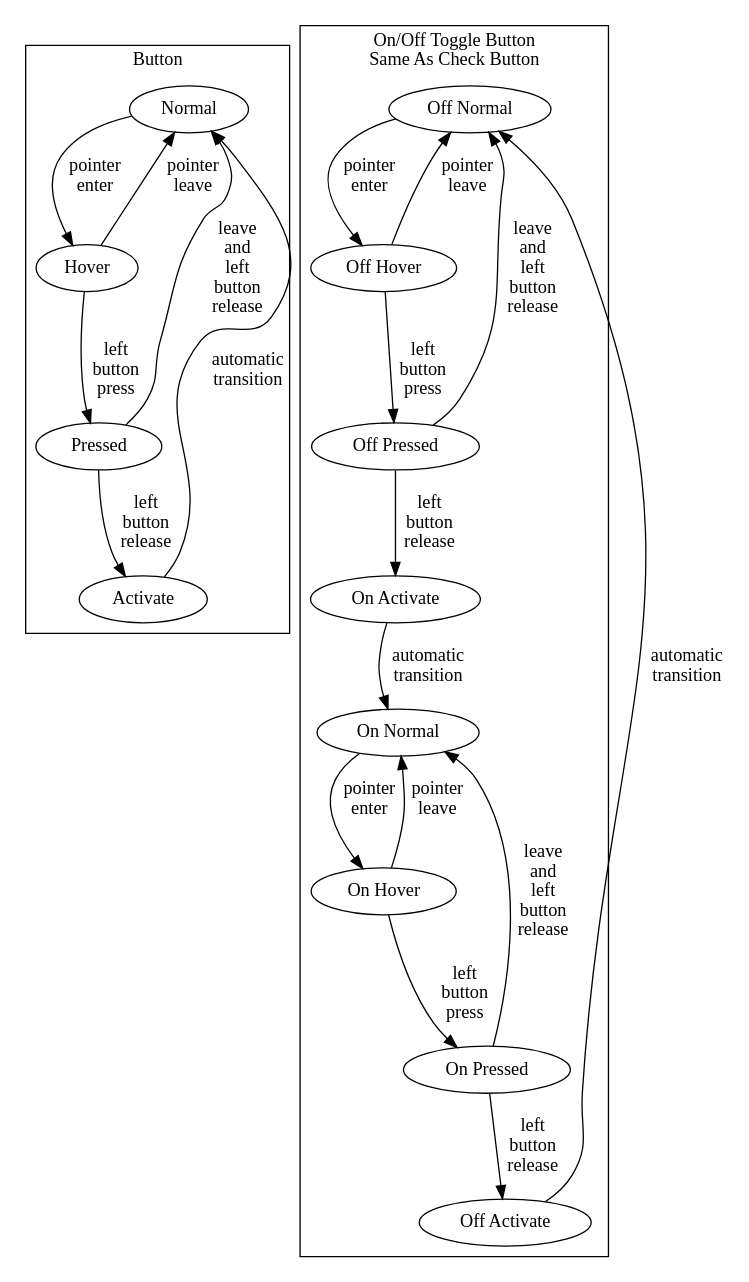
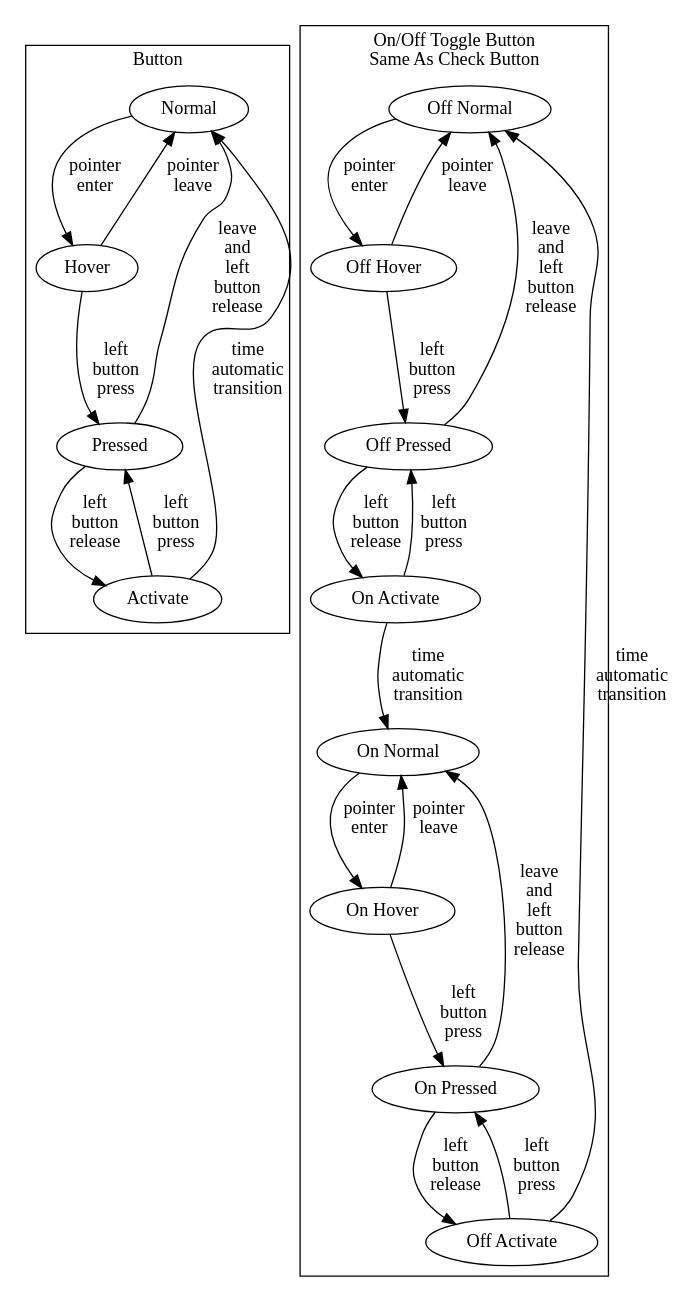
One commit to lanceman2/panels changed the diagram in lib/buttonState.dot. Above: the diagram before and after it, drawn with Graphviz. The commit also changed 2 other files, not shown here.

```diff
--- a/lib/buttonState.dot
+++ b/lib/buttonState.dot
@@ -1,36 +1,39 @@
 // Run in a bash shell:
 //
 //  %  display buttonState.dot
 //
 // The program "display" is from the graphviz software package.
 
 digraph Button {
 
    subgraph cluster_button {
         Normal -> Hover [ label="pointer\nenter" ];
         Hover -> Pressed [ label="left\nbutton\npress"];
         Hover -> Normal [ label="pointer\nleave"];
         Pressed -> Activate [ label="left\nbutton\nrelease"];
         Pressed -> Normal [ label="leave\nand\nleft\nbutton\nrelease"];
-        Activate -> Normal [ label="automatic\ntransition"];
+        Activate -> Normal [ label="time\nautomatic\ntransition"];
+        Activate -> Pressed [ label="left\nbutton\npress"];
         labelloc="t";
         label="Button";
     }
 
     subgraph cluster_toggle_button {
         "Off Normal" -> "Off Hover" [ label="pointer\nenter" ];
         "Off Hover" -> "Off Pressed" [ label="left\nbutton\npress"];
         "Off Hover" -> "Off Normal" [ label="pointer\nleave"];
         "Off Pressed" -> "On Activate" [ label="left\nbutton\nrelease"];
         "Off Pressed" -> "Off Normal" [ label="leave\nand\nleft\nbutton\nrelease"];
-        "On Activate" -> "On Normal" [ label="automatic\ntransition"];
+        "On Activate" -> "On Normal" [ label="time\nautomatic\ntransition"];
+        "On Activate" -> "Off Pressed" [ label="left\nbutton\npress"];
         "On Normal" -> "On Hover" [ label="pointer\nenter" ];
         "On Hover" -> "On Pressed" [ label="left\nbutton\npress"];
         "On Hover" -> "On Normal" [ label="pointer\nleave"];
         "On Pressed" -> "Off Activate" [ label="left\nbutton\nrelease"];
-        "Off Activate" -> "Off Normal" [ label="automatic\ntransition"];
+        "Off Activate" -> "Off Normal" [ label="time\nautomatic\ntransition"];
+        "Off Activate" -> "On Pressed" [ label="left\nbutton\npress"];
         "On Pressed" -> "On Normal" [ label="leave\nand\nleft\nbutton\nrelease"];
         labelloc="t";
         label="On/Off Toggle Button\nSame As Check Button";
     }
 }
```
